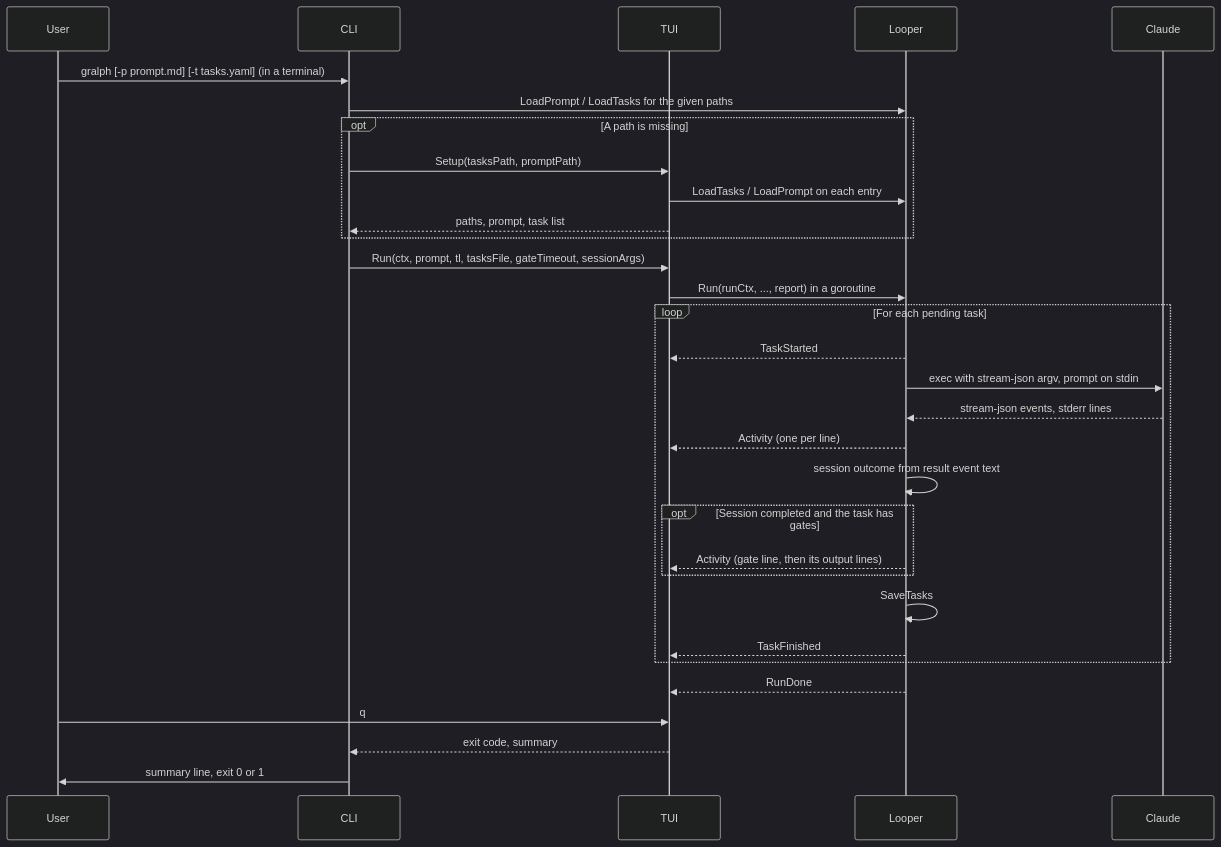
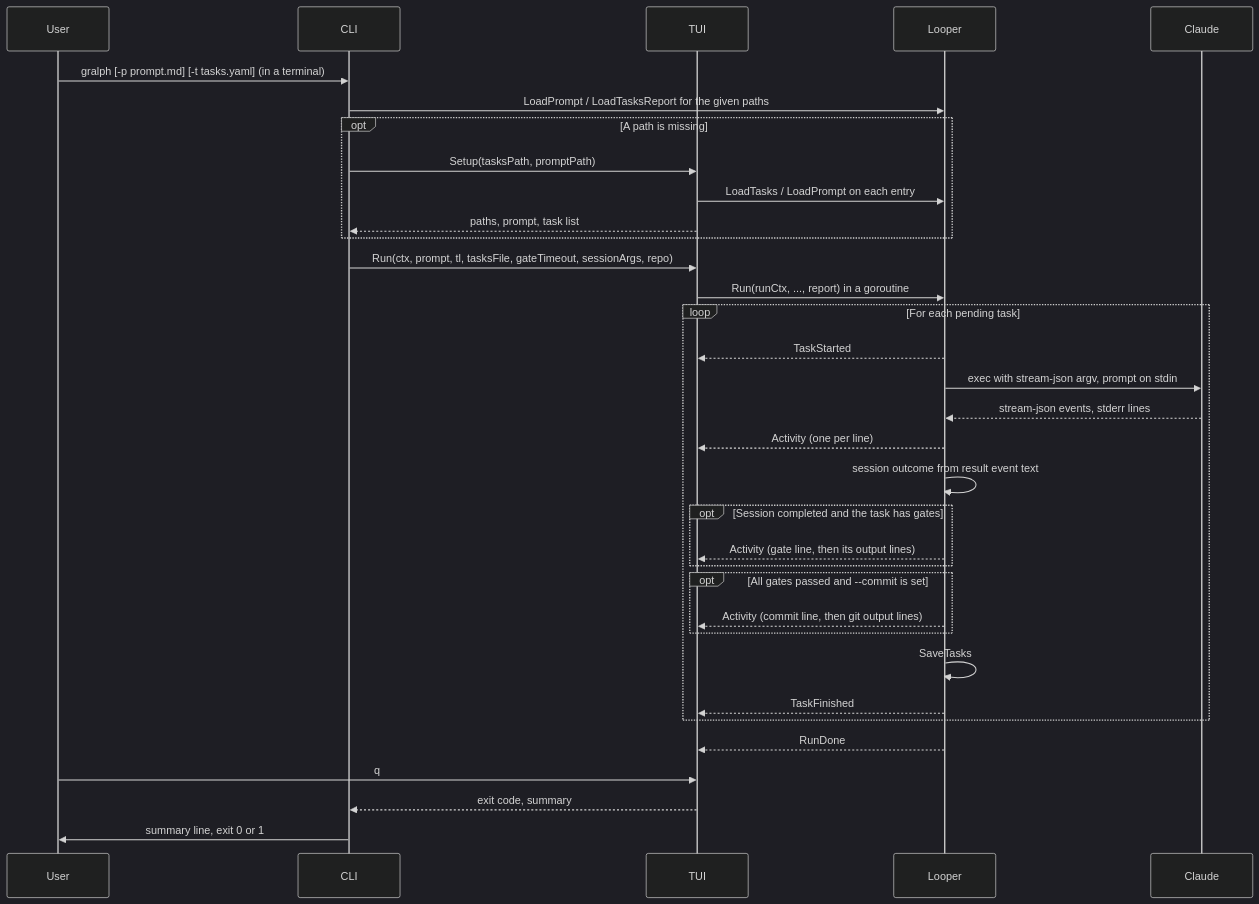
Before and after one commit to twistingmercury/gralph: the third of 6 diagrams in docs/architecture/03_system_architecture.md, drawn with Mermaid (dark theme). The commit also changed other lines of this file and 30 other files, not shown here.

````diff
--- a/docs/architecture/03_system_architecture.md
+++ b/docs/architecture/03_system_architecture.md
@@ -294,34 +297,37 @@
 ```mermaid
 sequenceDiagram
     participant User
     participant CLI
     participant TUI
     participant Looper
     participant Claude
 
     User->>CLI: gralph [-p prompt.md] [-t tasks.yaml] (in a terminal)
-    CLI->>Looper: LoadPrompt / LoadTasks for the given paths
+    CLI->>Looper: LoadPrompt / LoadTasksReport for the given paths
     opt A path is missing
         CLI->>TUI: Setup(tasksPath, promptPath)
         TUI->>Looper: LoadTasks / LoadPrompt on each entry
         TUI-->>CLI: paths, prompt, task list
     end
-    CLI->>TUI: Run(ctx, prompt, tl, tasksFile, gateTimeout, sessionArgs)
+    CLI->>TUI: Run(ctx, prompt, tl, tasksFile, gateTimeout, sessionArgs, repo)
     TUI->>Looper: Run(runCtx, ..., report) in a goroutine
     loop For each pending task
         Looper-->>TUI: TaskStarted
         Looper->>Claude: exec with stream-json argv, prompt on stdin
         Claude-->>Looper: stream-json events, stderr lines
         Looper-->>TUI: Activity (one per line)
         Looper->>Looper: session outcome from result event text
         opt Session completed and the task has gates
             Looper-->>TUI: Activity (gate line, then its output lines)
         end
+        opt All gates passed and --commit is set
+            Looper-->>TUI: Activity (commit line, then git output lines)
+        end
         Looper->>Looper: SaveTasks
         Looper-->>TUI: TaskFinished
     end
     Looper-->>TUI: RunDone
     User->>TUI: q
     TUI-->>CLI: exit code, summary
     CLI->>User: summary line, exit 0 or 1
 ```
````
